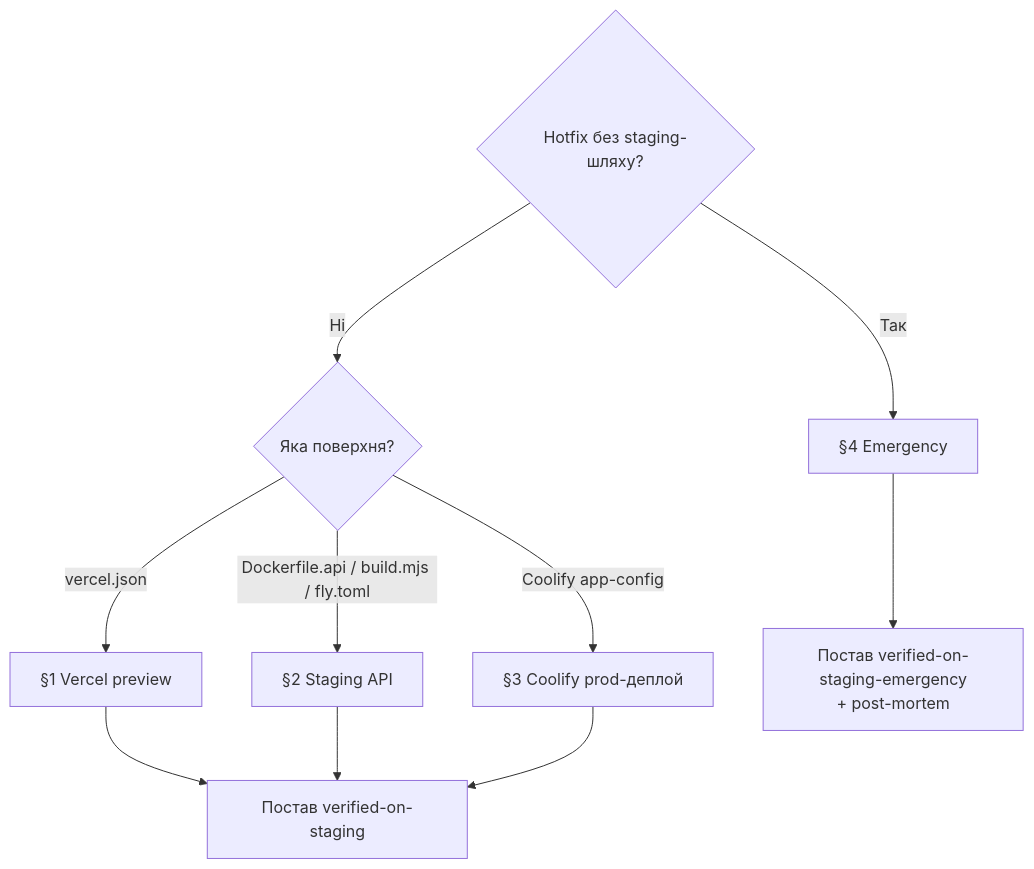
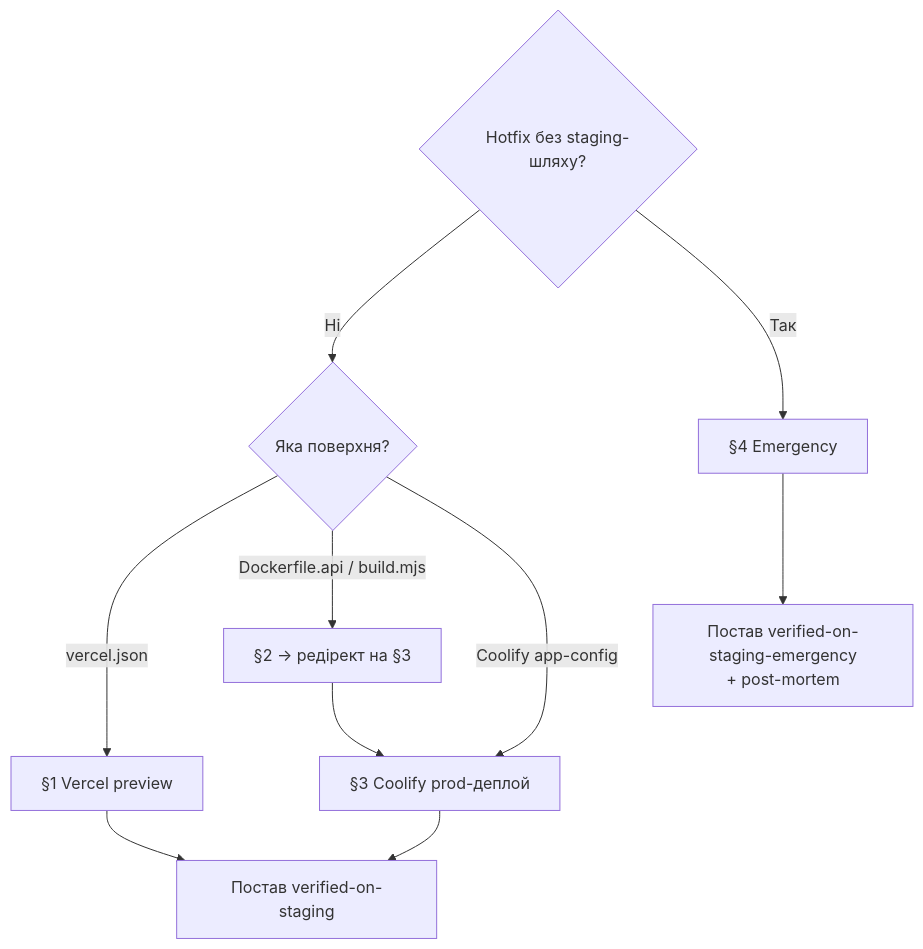
Before and after one commit to SkOrDs-02/sergeant: the diagram in docs/00-start/playbooks/deploy-config-change.md, drawn with Mermaid. The commit also changed other lines of this file and 17 other files, not shown here.

````diff
--- a/docs/00-start/playbooks/deploy-config-change.md
+++ b/docs/00-start/playbooks/deploy-config-change.md
@@ -41,15 +41,15 @@
 ```mermaid
 flowchart TD
     Q1{"Hotfix без staging-шляху?"}
     Q1 -- "Ні" --> Q2{"Яка поверхня?"}
     Q1 -- "Так" --> EMERG["§4 Emergency"]
 
     Q2 -- "vercel.json" --> WEB["§1 Vercel preview"]
-    Q2 -- "Dockerfile.api / build.mjs / fly.toml" --> API["§2 Staging API"]
+    Q2 -- "Dockerfile.api / build.mjs" --> API["§2 → редірект на §3"]
     Q2 -- "Coolify app-config" --> COOLIFY["§3 Coolify prod-деплой"]
 
     WEB --> LABEL["Постав verified-on-staging"]
-    API --> LABEL
+    API --> COOLIFY
     COOLIFY --> LABEL
     EMERG --> LABEL_E["Постав verified-on-staging-emergency<br/>+ post-mortem"]
 ```
````
